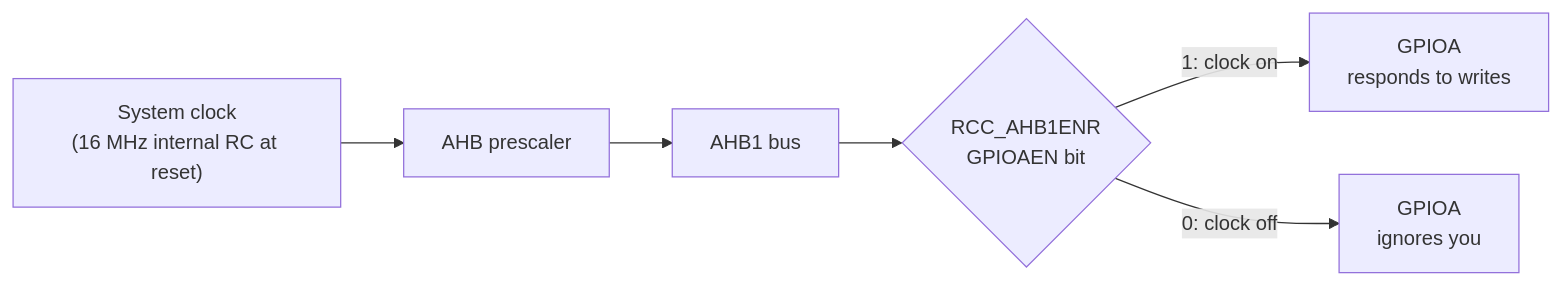
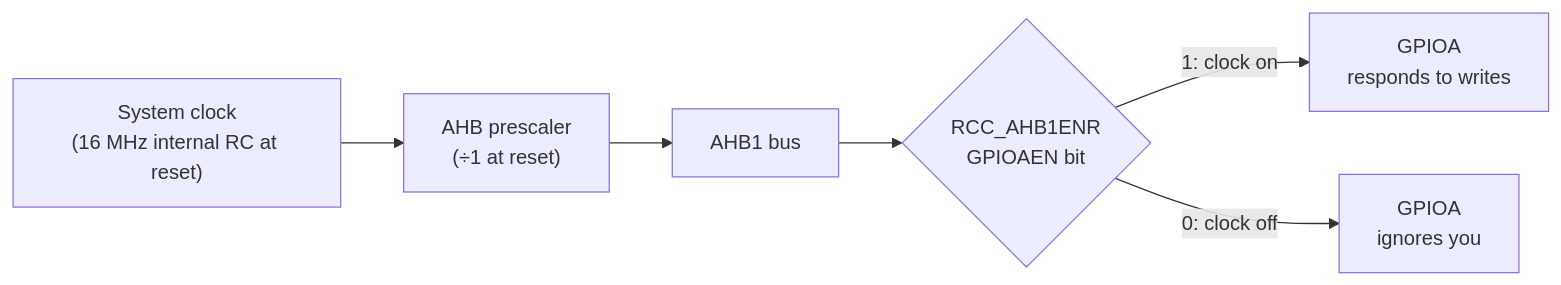
One commit to deanvons/Canary changed the third of 3 diagrams in README.md. Above: the diagram before and after it, drawn with Mermaid. The commit also changed other lines of this file and 1 other file, not shown here.

Commit message:
CHORE: moved clock diagram in README

````diff
--- a/README.md
+++ b/README.md
@@ -198,7 +112,7 @@
 ```mermaid
 flowchart LR
-    SYS["System clock<br/>(16 MHz internal RC at reset)"] --> AHBP["AHB prescaler"] --> AHB1["AHB1 bus"]
+    SYS["System clock<br/>(16 MHz internal RC at reset)"] --> AHBP["AHB prescaler<br/>(÷1 at reset)"] --> AHB1["AHB1 bus"]
     AHB1 --> GATE{"RCC_AHB1ENR<br/>GPIOAEN bit"}
     GATE -->|"1: clock on"| GPIOA["GPIOA<br/>responds to writes"]
     GATE -->|"0: clock off"| OFF["GPIOA<br/>ignores you"]
 ```
````
